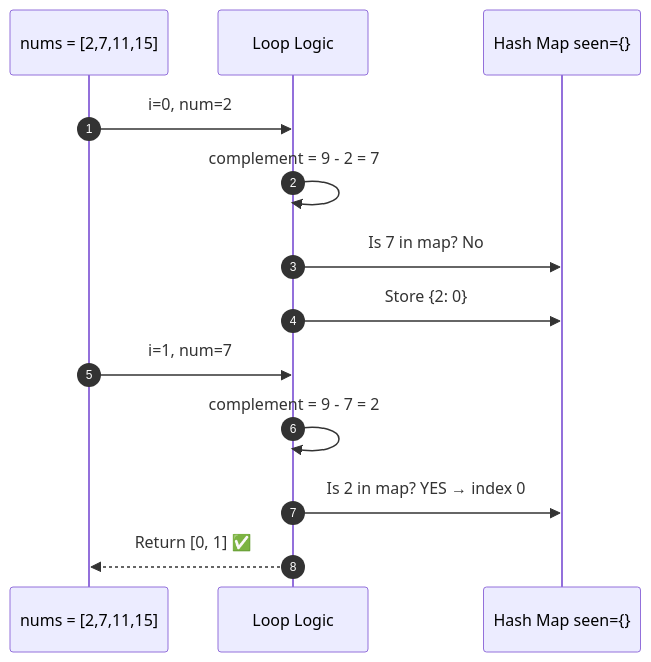
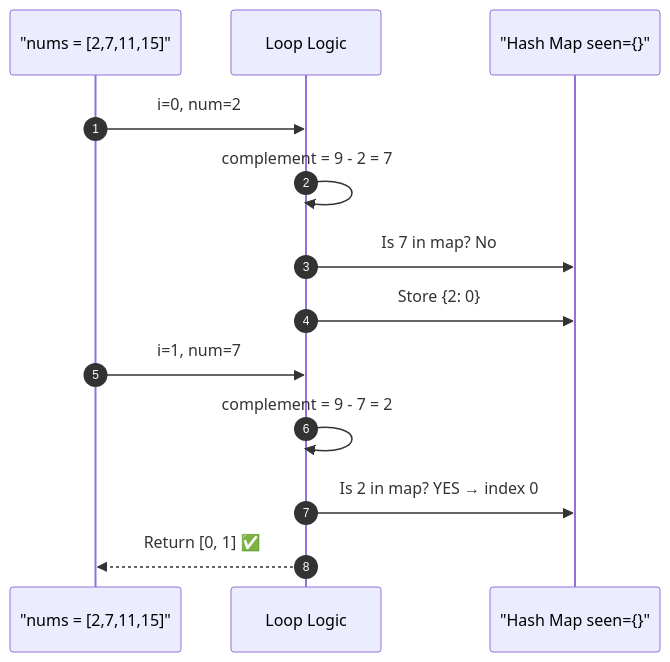
Before and after one commit to M-F-Tushar/LeetCode-Problem-Solving: diagram 11 of 12 in 01 - Two Sum/README.md, drawn with Mermaid. The commit also changed other lines of this file, not shown here.

````diff
--- a/01 - Two Sum/README.md
+++ b/01 - Two Sum/README.md
@@ -363,17 +362,17 @@
 ```mermaid
 sequenceDiagram
     autonumber
-    participant A as nums = [2,7,11,15]
+    participant A as "nums = [2,7,11,15]"
     participant L as Loop Logic
-    participant M as Hash Map seen={}
+    participant M as "Hash Map seen={}"
 
     A->>L: i=0, num=2
     L->>L: complement = 9 - 2 = 7
     L->>M: Is 7 in map? No
     L->>M: Store {2: 0}
 
     A->>L: i=1, num=7
     L->>L: complement = 9 - 7 = 2
     L->>M: Is 2 in map? YES → index 0
     L-->>A: Return [0, 1] ✅
 ```
````
